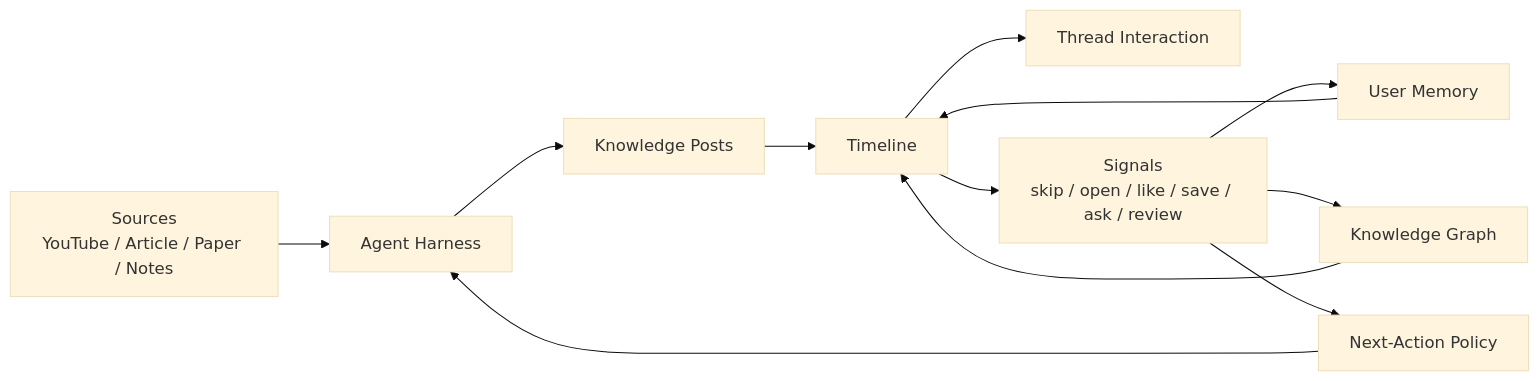
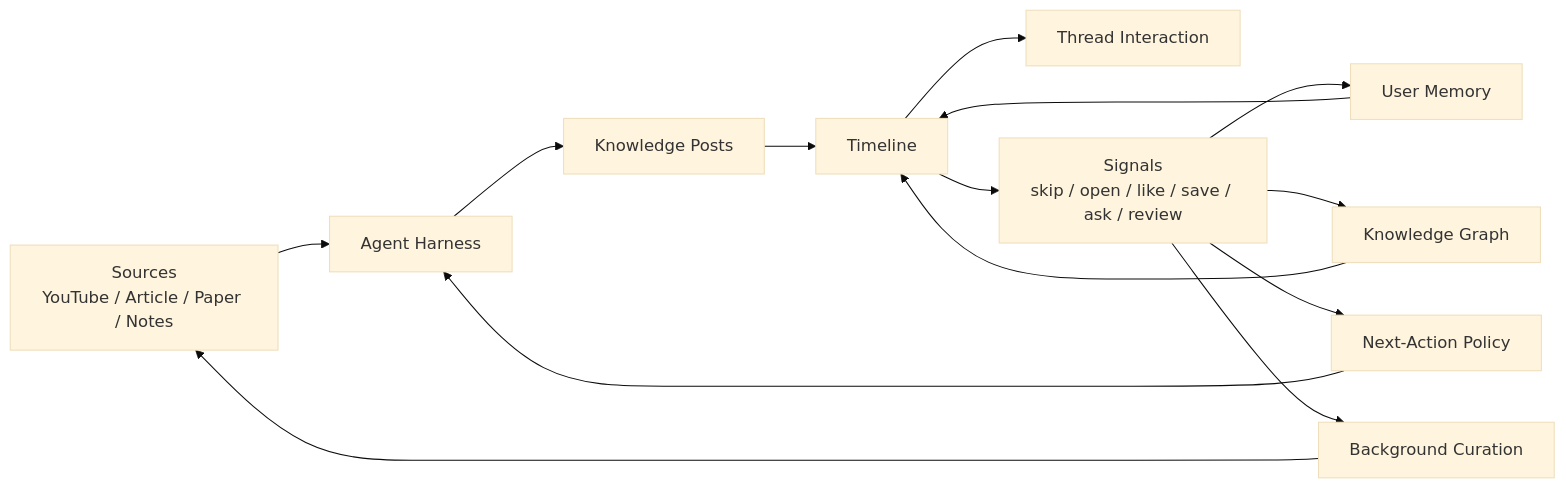
Before and after one commit to MaxGzLi/AItimeline: the diagram in docs/vision.md, drawn with Mermaid (base theme). The commit also changed other lines of this file and 6 other files, not shown here.

Commit message:
Add background curation planning

````diff
--- a/docs/vision.md
+++ b/docs/vision.md
@@ -21,14 +21,16 @@
 ```mermaid
 flowchart LR
   Sources["Sources\nYouTube / Article / Paper / Notes"] --> Harness["Agent Harness"]
   Harness --> Posts["Knowledge Posts"]
   Posts --> Timeline["Timeline"]
   Timeline --> Thread["Thread Interaction"]
   Timeline --> Signals["Signals\nskip / open / like / save / ask / review"]
   Signals --> Memory["User Memory"]
   Signals --> Graph["Knowledge Graph"]
   Signals --> Policy["Next-Action Policy"]
+  Signals --> Curation["Background Curation"]
   Policy --> Harness
+  Curation --> Sources
   Graph --> Timeline
   Memory --> Timeline
 ```
````
